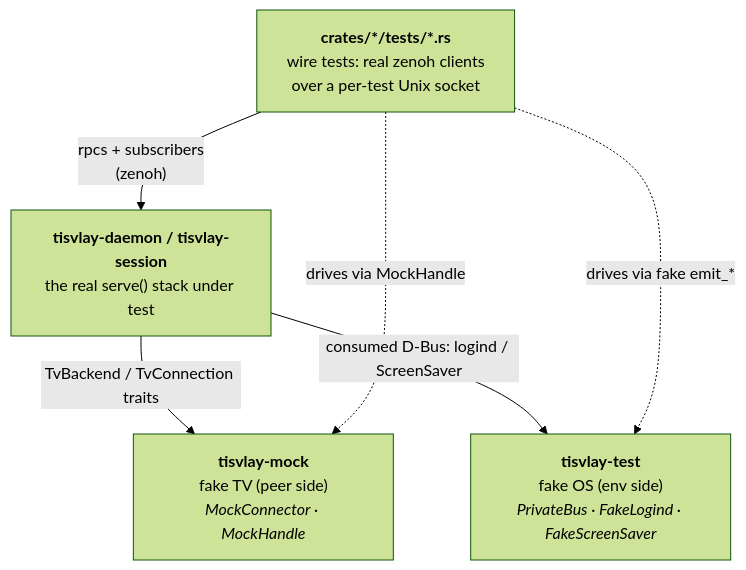
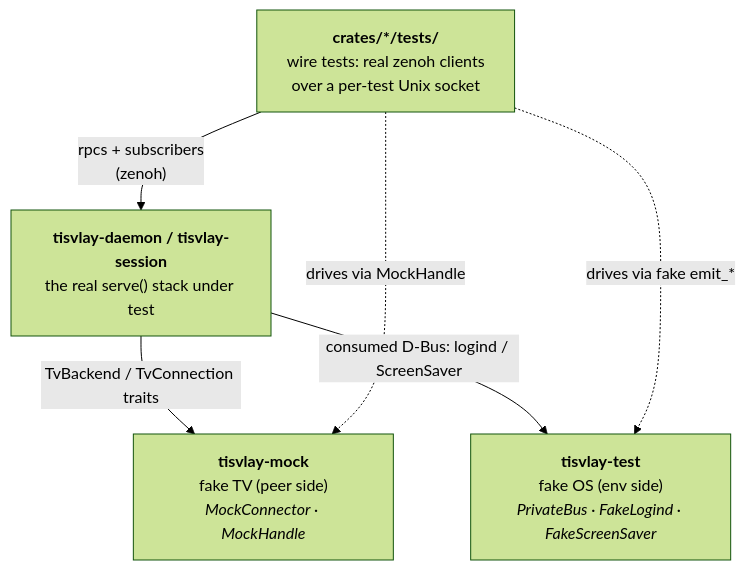
One commit to TisVlay/TisVlay changed the fourth of 5 diagrams in docs/testing.md. Above: the diagram before and after it, drawn with Mermaid (forest theme). The commit also changed other lines of this file and 28 other files, not shown here.

First line of the commit message:
test: one integration-test binary per crate; quarantine flaky tests (#145)

````diff
--- a/docs/testing.md
+++ b/docs/testing.md
@@ -267,13 +284,13 @@
 ```mermaid
 flowchart TD
-    W["<b>crates/*/tests/*.rs</b><br/>wire tests: real zenoh clients<br/>over a per-test Unix socket"]
+    W["<b>crates/*/tests/</b><br/>wire tests: real zenoh clients<br/>over a per-test Unix socket"]
     D["<b>tisvlay-daemon / tisvlay-session</b><br/>the real serve() stack under test"]
     M["<b>tisvlay-mock</b><br/>fake TV (peer side)<br/><i>MockConnector · MockHandle</i>"]
     T["<b>tisvlay-test</b><br/>fake OS (env side)<br/><i>PrivateBus · FakeLogind · FakeScreenSaver</i>"]
 
     W -->|"rpcs + subscribers<br/>(zenoh)"| D
     D -->|"TvBackend / TvConnection traits"| M
     D -->|"consumed D-Bus: logind / ScreenSaver"| T
     W -.->|"drives via MockHandle"| M
     W -.->|"drives via fake emit_*"| T
 ```
````
